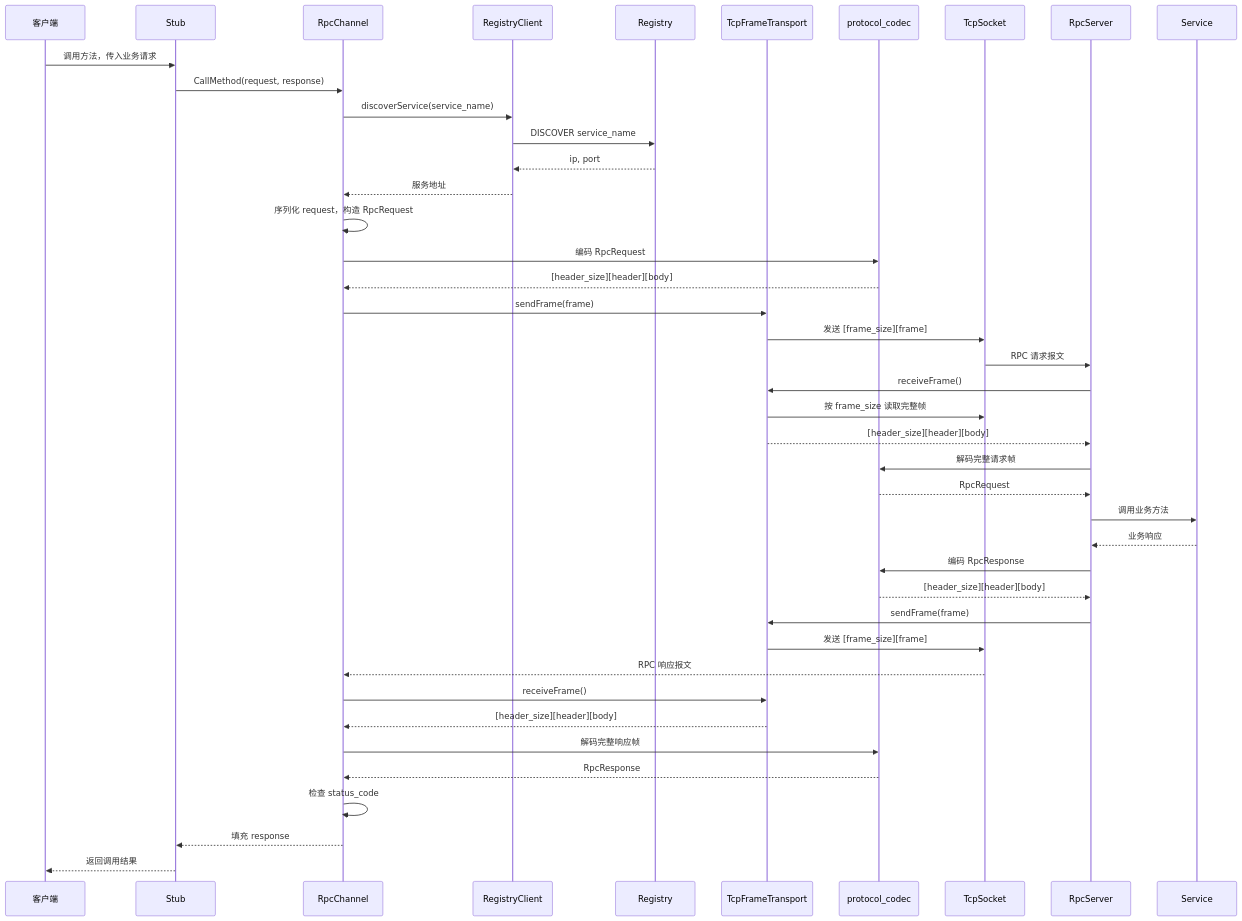
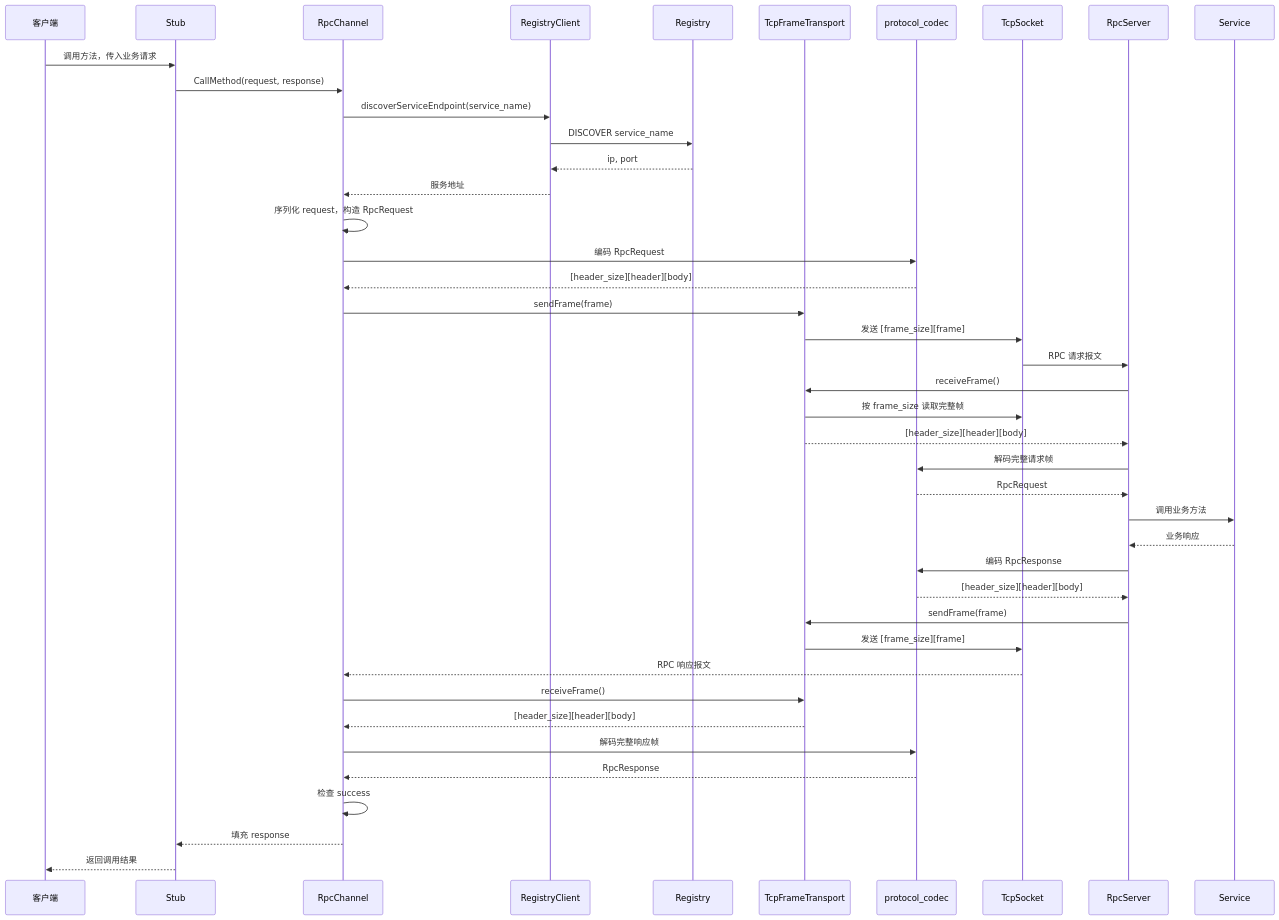
One commit to lvpiguai/tinyrpc changed the second of 2 diagrams in README.md. Above: the diagram before and after it, drawn with Mermaid. The commit also changed other lines of this file and 22 other files, not shown here.

````diff
--- a/README.md
+++ b/README.md
@@ -132,48 +134,48 @@
 ```mermaid
 sequenceDiagram
     participant Client as 客户端
     participant Stub
     participant Channel as RpcChannel
     participant RegistryClient
     participant Registry
     participant Transport as TcpFrameTransport
     participant Codec as protocol_codec
     participant Socket as TcpSocket
     participant Server as RpcServer
     participant Service as Service
 
     Client->>Stub: 调用方法，传入业务请求
     Stub->>Channel: CallMethod(request, response)
-    Channel->>RegistryClient: discoverService(service_name)
+    Channel->>RegistryClient: discoverServiceEndpoint(service_name)
     RegistryClient->>Registry: DISCOVER service_name
     Registry-->>RegistryClient: ip, port
     RegistryClient-->>Channel: 服务地址
 
     Channel->>Channel: 序列化 request，构造 RpcRequest
     Channel->>Codec: 编码 RpcRequest
     Codec-->>Channel: [header_size][header][body]
     Channel->>Transport: sendFrame(frame)
     Transport->>Socket: 发送 [frame_size][frame]
     Socket->>Server: RPC 请求报文
 
     Server->>Transport: receiveFrame()
     Transport->>Socket: 按 frame_size 读取完整帧
     Transport-->>Server: [header_size][header][body]
     Server->>Codec: 解码完整请求帧
     Codec-->>Server: RpcRequest
     Server->>Service: 调用业务方法
     Service-->>Server: 业务响应
 
     Server->>Codec: 编码 RpcResponse
     Codec-->>Server: [header_size][header][body]
     Server->>Transport: sendFrame(frame)
     Transport->>Socket: 发送 [frame_size][frame]
     Socket-->>Channel: RPC 响应报文
     Channel->>Transport: receiveFrame()
     Transport-->>Channel: [header_size][header][body]
     Channel->>Codec: 解码完整响应帧
     Codec-->>Channel: RpcResponse
-    Channel->>Channel: 检查 status_code
+    Channel->>Channel: 检查 success
     Channel-->>Stub: 填充 response
     Stub-->>Client: 返回调用结果
 ```
````
